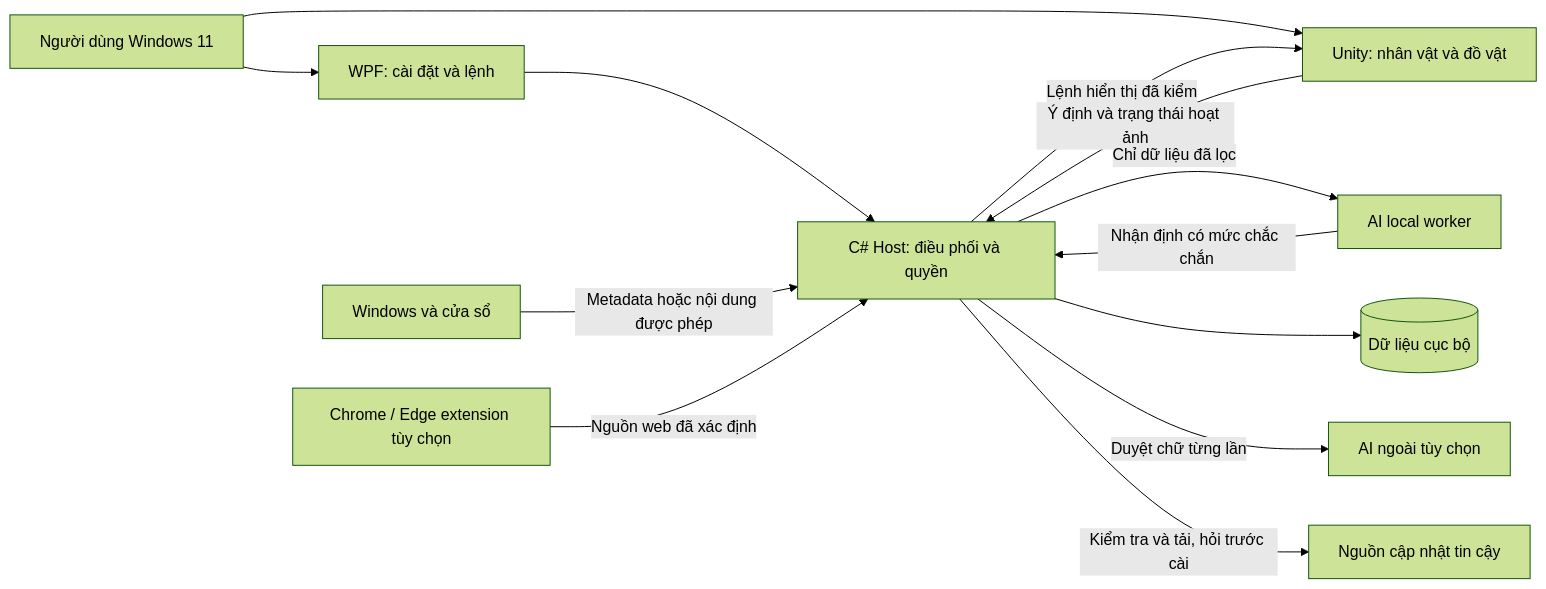
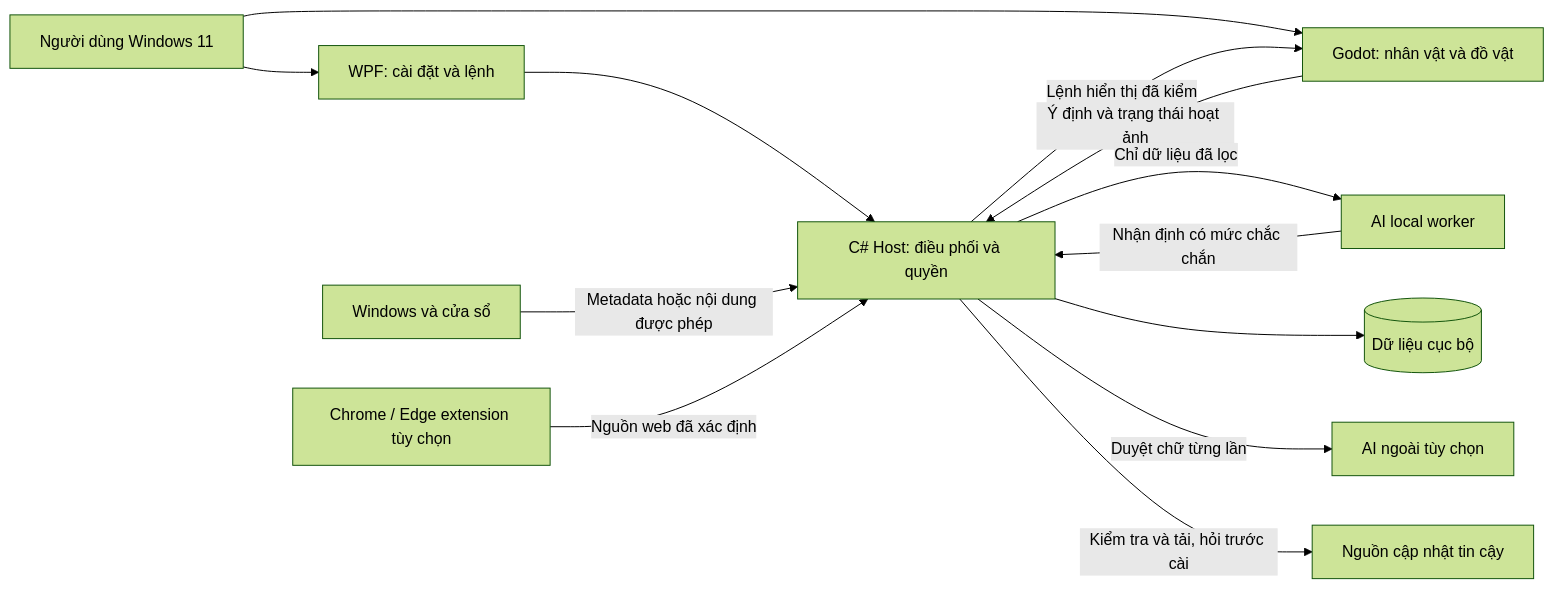
Before and after one commit to Play-with-me/NYUA: the diagram in docs/product/AI/ARCHITECTURE.md, drawn with Mermaid (forest theme). The commit also changed other lines of this file and 65 other files, not shown here.

Commit message:
docs: migrate renderer documentation and registry from Unity to Godot Engine

````diff
--- a/docs/product/AI/ARCHITECTURE.md
+++ b/docs/product/AI/ARCHITECTURE.md
@@ -7,15 +7,15 @@
 ```mermaid
 flowchart LR
  U[Người dùng Windows 11] --> W[WPF: cài đặt và lệnh]
- U --> R[Unity: nhân vật và đồ vật]
+ U --> R[Godot: nhân vật và đồ vật]
  W --> H[C# Host: điều phối và quyền]
  R -->|Ý định và trạng thái hoạt ảnh| H
  H -->|Lệnh hiển thị đã kiểm| R
  O[Windows và cửa sổ] -->|Metadata hoặc nội dung được phép| H
  B[Chrome / Edge extension tùy chọn] -->|Nguồn web đã xác định| H
  H -->|Chỉ dữ liệu đã lọc| L[AI local worker]
  L -->|Nhận định có mức chắc chắn| H
  H --> D[(Dữ liệu cục bộ)]
  H -->|Duyệt chữ từng lần| X[AI ngoài tùy chọn]
  H -->|Kiểm tra và tải, hỏi trước cài| UP[Nguồn cập nhật tin cậy]
 ```
````
